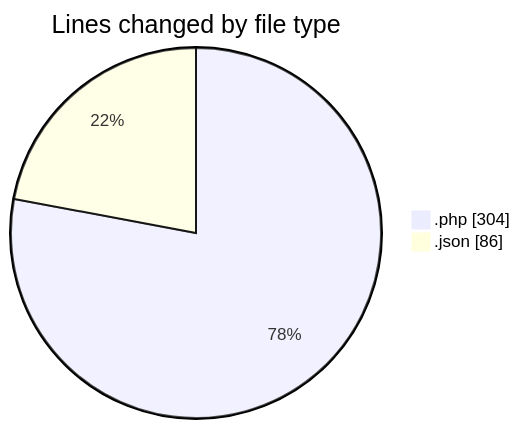
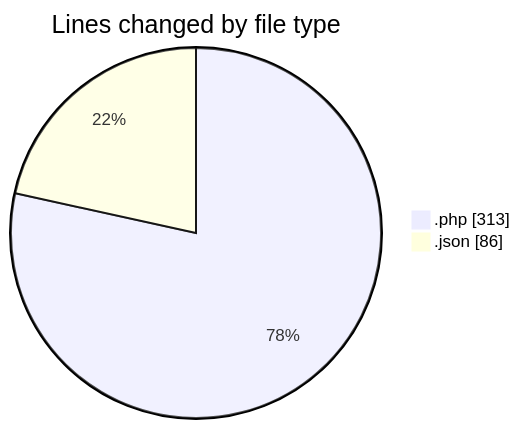
The first of 2 diagrams in 2025-04-11/zeytoon/README.md (vahidmafi/code-tracking), drawn with Mermaid before and after one commit. The commit also changed other lines of this file and 1 other file, not shown here.

````diff
--- a/2025-04-11/zeytoon/README.md
+++ b/2025-04-11/zeytoon/README.md
@@ -23,6 +23,6 @@
 ```mermaid
 pie showData
 title Lines changed by file type
-".php" : 304
+".php" : 313
 ".json" : 86
 ```
````
